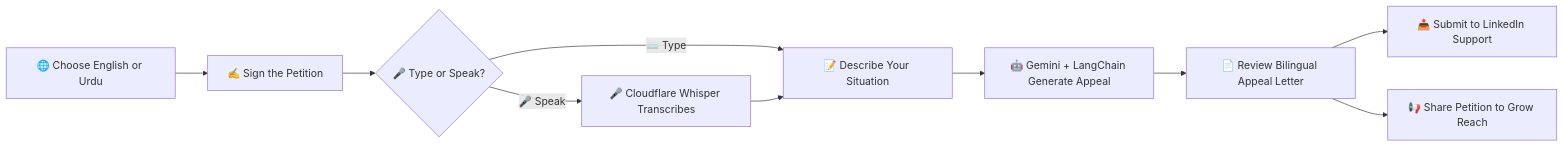
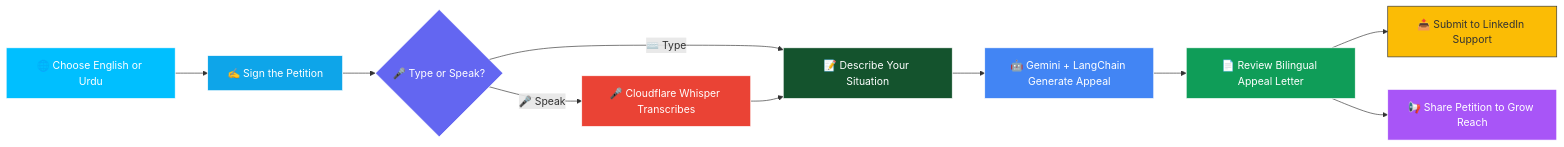
Before and after one commit to AbdulAzeemHashmi/Awaaz-Pakistan: the diagram in README.md, drawn with Mermaid. The commit also changed other lines of this file, not shown here.

````diff
--- a/README.md
+++ b/README.md
@@ -87,12 +109,22 @@
 ```mermaid
 flowchart LR
     A[🌐 Choose English or Urdu] --> B[✍️ Sign the Petition]
     B --> C{🎤 Type or Speak?}
     C -->|⌨️ Type| D[📝 Describe Your Situation]
     C -->|🎤 Speak| E[🎤 Cloudflare Whisper Transcribes]
     E --> D
     D --> F[🤖 Gemini + LangChain Generate Appeal]
     F --> G[📄 Review Bilingual Appeal Letter]
     G --> H[📤 Submit to LinkedIn Support]
     G --> I[📢 Share Petition to Grow Reach]
+
+    style A fill:#00BFFF,stroke:#fff,color:#fff
+    style B fill:#0ea5e9,stroke:#fff,color:#fff
+    style C fill:#6366f1,stroke:#fff,color:#fff
+    style D fill:#14532d,stroke:#fff,color:#fff
+    style E fill:#EA4335,stroke:#fff,color:#fff
+    style F fill:#4285F4,stroke:#fff,color:#fff
+    style G fill:#0F9D58,stroke:#fff,color:#fff
+    style H fill:#FBBC05,stroke:#333,color:#333
+    style I fill:#a855f7,stroke:#fff,color:#fff
 ```
````
